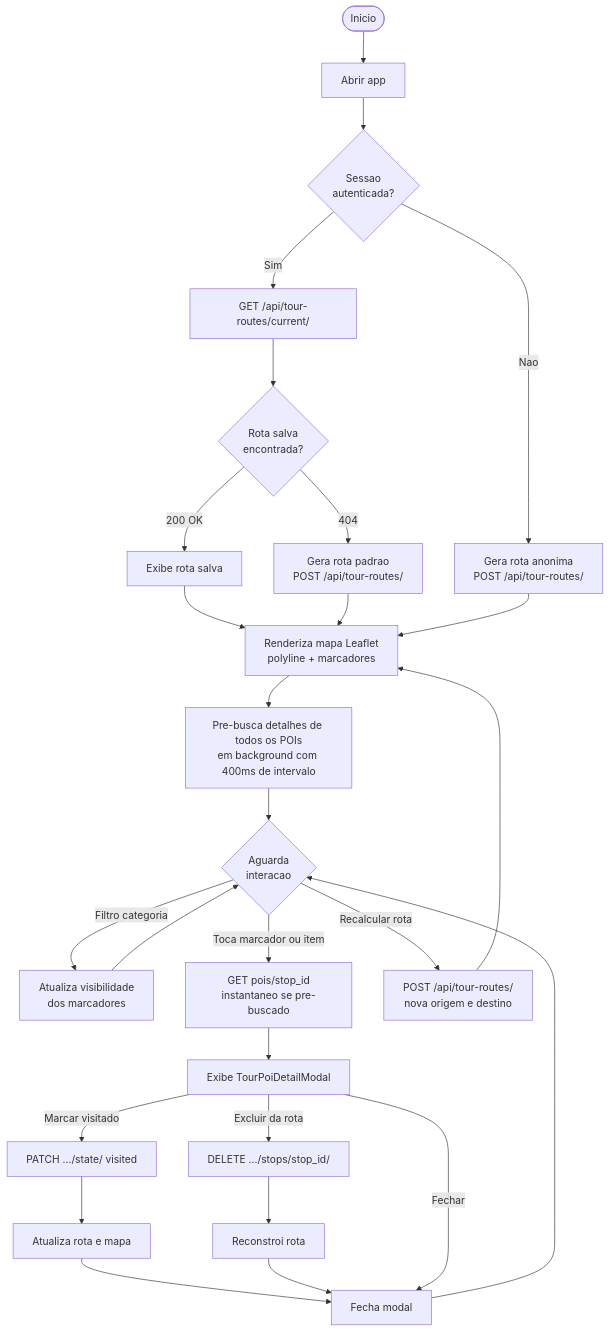
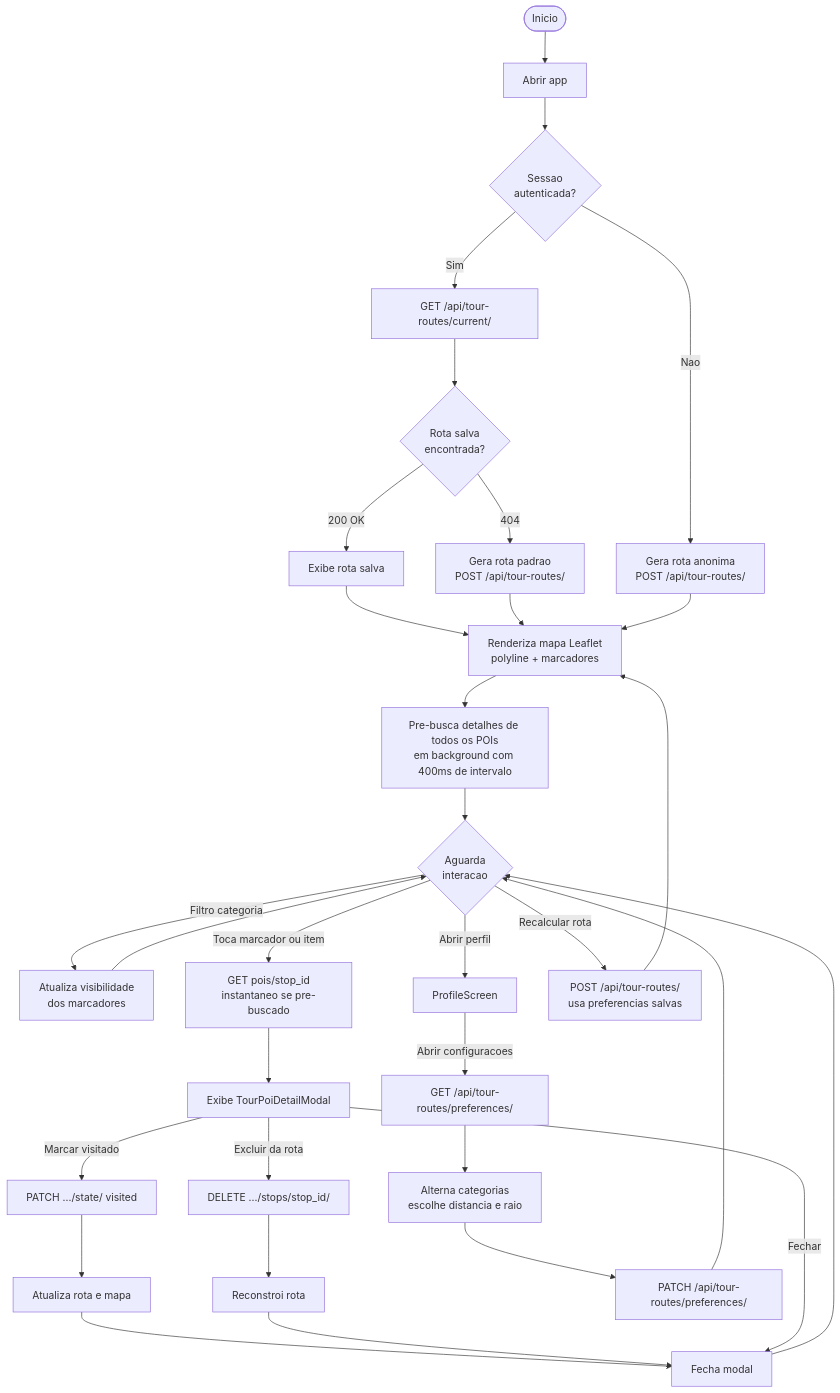
Before and after one commit to EXPLORA-PLUS/explora-plus-docs: the ninth of 10 diagrams in MODELAGEM.md, drawn with Mermaid. The commit also changed other lines of this file and 14 other files, not shown here.

Commit message:
sync(search-preferences-12): docs document route search preferences

````diff
--- a/MODELAGEM.md
+++ b/MODELAGEM.md
@@ -489,39 +526,45 @@
 ```mermaid
 flowchart TD
     Start([Inicio]) --> OpenApp[Abrir app]
     OpenApp --> AuthCheck{Sessao\nautenticada?}
 
     AuthCheck -->|Sim| TryCurrentRoute[GET /api/tour-routes/current/]
     TryCurrentRoute --> RouteFound{Rota salva\nencontrada?}
     RouteFound -->|200 OK| ShowRoute[Exibe rota salva]
     RouteFound -->|404| GenDefault[Gera rota padrao\nPOST /api/tour-routes/]
 
     AuthCheck -->|Nao| GenAnon[Gera rota anonima\nPOST /api/tour-routes/]
 
     ShowRoute --> RenderMap
     GenDefault --> RenderMap
     GenAnon --> RenderMap[Renderiza mapa Leaflet\npolyline + marcadores]
 
     RenderMap --> Prefetch[Pre-busca detalhes de todos os POIs\nem background com 400ms de intervalo]
     Prefetch --> Idle{Aguarda\ninteracao}
 
     Idle -->|Filtro categoria| Filter[Atualiza visibilidade\ndos marcadores]
     Filter --> Idle
 
     Idle -->|Toca marcador ou item| OpenDetail[GET pois/stop_id\ninstantaneo se pre-buscado]
     OpenDetail --> Modal[Exibe TourPoiDetailModal]
 
     Modal -->|Marcar visitado| PatchVisited[PATCH .../state/ visited]
     PatchVisited --> UpdateRoute[Atualiza rota e mapa]
     UpdateRoute --> CloseModal
 
     Modal -->|Excluir da rota| DeleteStop[DELETE .../stops/stop_id/]
     DeleteStop --> RebuildRoute[Reconstroi rota]
     RebuildRoute --> CloseModal
 
     Modal -->|Fechar| CloseModal[Fecha modal]
     CloseModal --> Idle
 
-    Idle -->|Recalcular rota| NewRoute[POST /api/tour-routes/\nnova origem e destino]
+    Idle -->|Abrir perfil| Profile[ProfileScreen]
+    Profile -->|Abrir configuracoes| Settings[GET /api/tour-routes/preferences/]
+    Settings --> Adjust[Alterna categorias\nescolhe distancia e raio]
+    Adjust --> SaveSettings[PATCH /api/tour-routes/preferences/]
+    SaveSettings --> Idle
+
+    Idle -->|Recalcular rota| NewRoute[POST /api/tour-routes/\nusa preferencias salvas]
     NewRoute --> RenderMap
 ```
````
